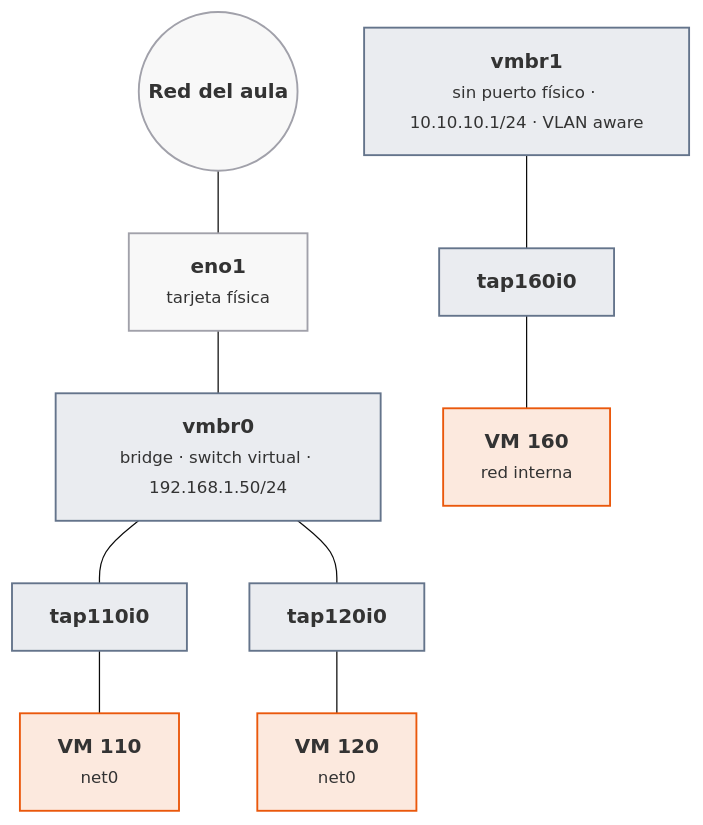
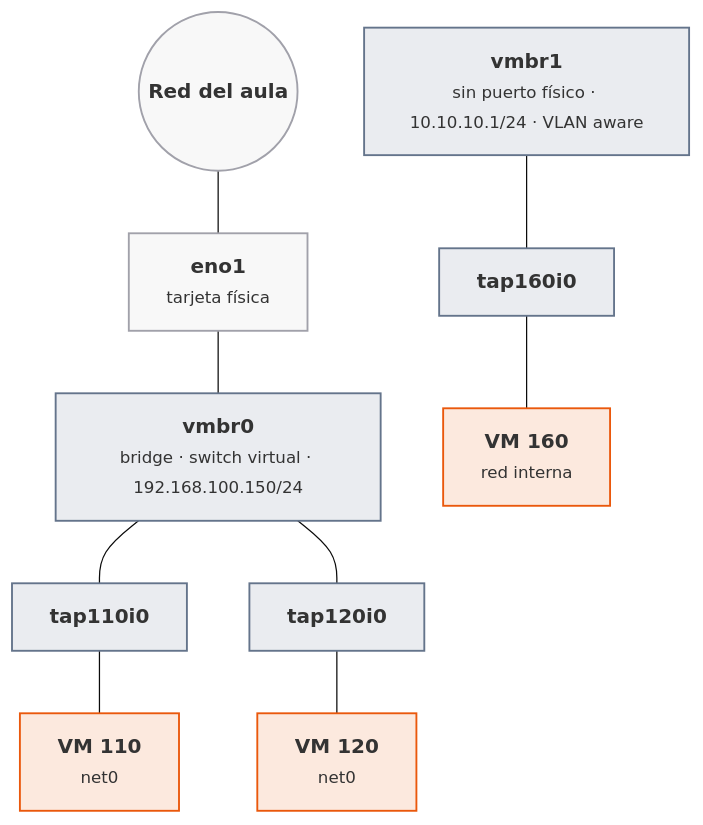
One commit to victor-educ/apuntes-5166 changed the sixth of 13 diagrams in docs/ut/ut1-virtualizacion.md. Above: the diagram before and after it, drawn with Mermaid (base theme). The commit also changed other lines of this file and 12 other files, not shown here.

````diff
--- a/docs/ut/ut1-virtualizacion.md
+++ b/docs/ut/ut1-virtualizacion.md
@@ -353,23 +355,23 @@
 ```mermaid
 flowchart TB
     RED(("<b>Red del aula</b>")):::infra
     ENO["<b>eno1</b><br><small>tarjeta física</small>"]:::infra
-    BR0["<b>vmbr0</b><br><small>bridge · switch virtual · 192.168.1.50/24</small>"]:::pieza
+    BR0["<b>vmbr0</b><br><small>bridge · switch virtual · 192.168.100.150/24</small>"]:::pieza
     T1["<b>tap110i0</b>"]:::pieza
     T2["<b>tap120i0</b>"]:::pieza
     V1["<b>VM 110</b><br><small>net0</small>"]:::act
     V2["<b>VM 120</b><br><small>net0</small>"]:::act
     BR1["<b>vmbr1</b><br><small>sin puerto físico · 10.10.10.1/24 · VLAN aware</small>"]:::pieza
     T3["<b>tap160i0</b>"]:::pieza
     V3["<b>VM 160</b><br><small>red interna</small>"]:::act
     RED --- ENO --- BR0
     BR0 --- T1 --- V1
     BR0 --- T2 --- V2
     BR1 --- T3 --- V3
     classDef act fill:#ea580c22,stroke:#ea580c,stroke-width:1.5px
     classDef pieza fill:#64748b22,stroke:#64748b,stroke-width:1.5px
     classDef dato fill:#2563eb22,stroke:#2563eb,stroke-width:1.5px
     classDef infra fill:#a1a1aa14,stroke:#a1a1aa,stroke-width:1.5px
     classDef ok fill:#16a34a22,stroke:#16a34a,stroke-width:1.5px
     classDef riesgo fill:#dc262622,stroke:#dc2626,stroke-width:1.5px
 ```
````
